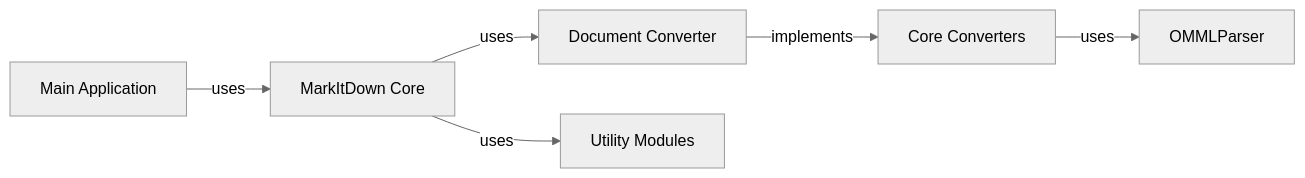
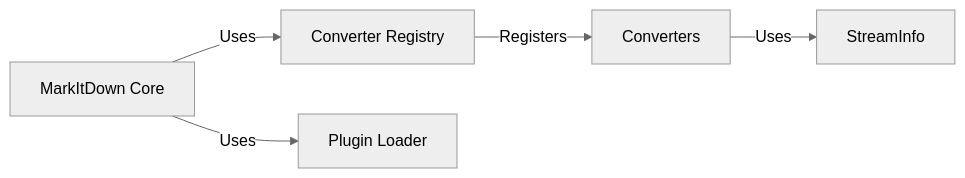
One commit to CodeBoarding/GeneratedOnBoardings changed the diagram in markitdown/on_boarding.md. Above: the diagram before and after it, drawn with Mermaid (neutral theme). The commit also changed other lines of this file and 6 other files, not shown here.

````diff
--- a/markitdown/on_boarding.md
+++ b/markitdown/on_boarding.md
@@ -1,16 +1,16 @@
 ```mermaid
 graph LR
-    Main_Application["Main Application"]
     MarkItDown_Core["MarkItDown Core"]
-    Document_Converter["Document Converter"]
-    Core_Converters["Core Converters"]
-    Utility_Modules["Utility Modules"]
-    Main_Application -- "uses" --> MarkItDown_Core
-    MarkItDown_Core -- "uses" --> Document_Converter
-    Document_Converter -- "implements" --> Core_Converters
-    MarkItDown_Core -- "uses" --> Utility_Modules
-    Core_Converters -- "uses" --> OMMLParser
-    click Main_Application href "https://github.com/CodeBoarding/GeneratedOnBoardings/blob/main//markitdown/Main_Application.md" "Details"
+    Converter_Registry["Converter Registry"]
+    Converters["Converters"]
+    StreamInfo["StreamInfo"]
+    Plugin_Loader["Plugin Loader"]
+    MarkItDown_Core -- "Uses" --> Converter_Registry
+    MarkItDown_Core -- "Uses" --> Plugin_Loader
+    Converter_Registry -- "Registers" --> Converters
+    Converters -- "Uses" --> StreamInfo
     click MarkItDown_Core href "https://github.com/CodeBoarding/GeneratedOnBoardings/blob/main//markitdown/MarkItDown_Core.md" "Details"
-    click Core_Converters href "https://github.com/CodeBoarding/GeneratedOnBoardings/blob/main//markitdown/Core_Converters.md" "Details"
+    click Converter_Registry href "https://github.com/CodeBoarding/GeneratedOnBoardings/blob/main//markitdown/Converter_Registry.md" "Details"
+    click Converters href "https://github.com/CodeBoarding/GeneratedOnBoardings/blob/main//markitdown/Converters.md" "Details"
+    click StreamInfo href "https://github.com/CodeBoarding/GeneratedOnBoardings/blob/main//markitdown/StreamInfo.md" "Details"
 ```
````
